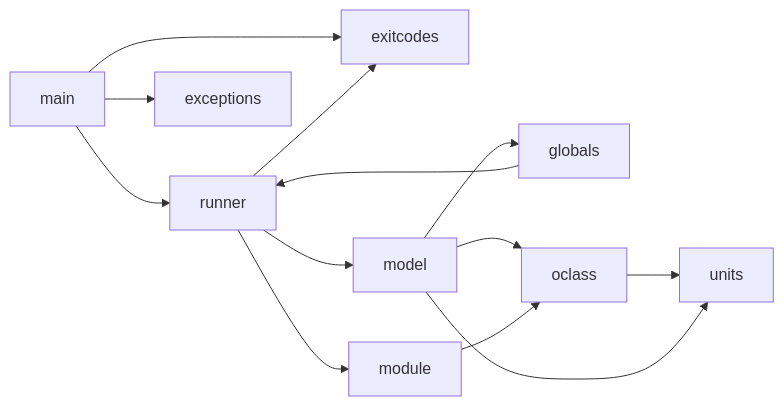
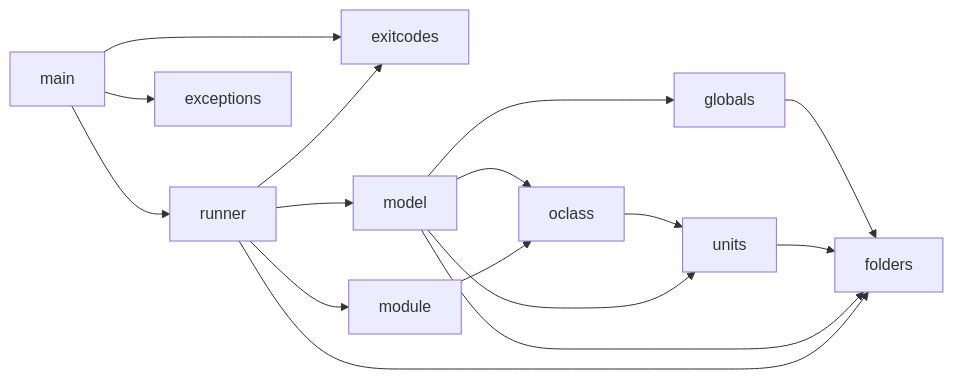
The diagram in DESIGN.md (arras-energy/arras), drawn with Mermaid before and after one commit. The commit also changed other lines of this file and 12 other files, not shown here.

````diff
--- a/DESIGN.md
+++ b/DESIGN.md
@@ -206,15 +209,18 @@
 ```mermaid
 flowchart LR
   main --> runner
   main --> exceptions
   main --> exitcodes
-  globals --> runner
+  globals --> folders
+  units --> folders
+  model --> folders
+  runner --> folders
   runner --> model
   runner --> exitcodes
   runner --> module
   oclass --> units
   model --> globals
   model --> oclass
   model --> units
   module --> oclass
 ```
````
